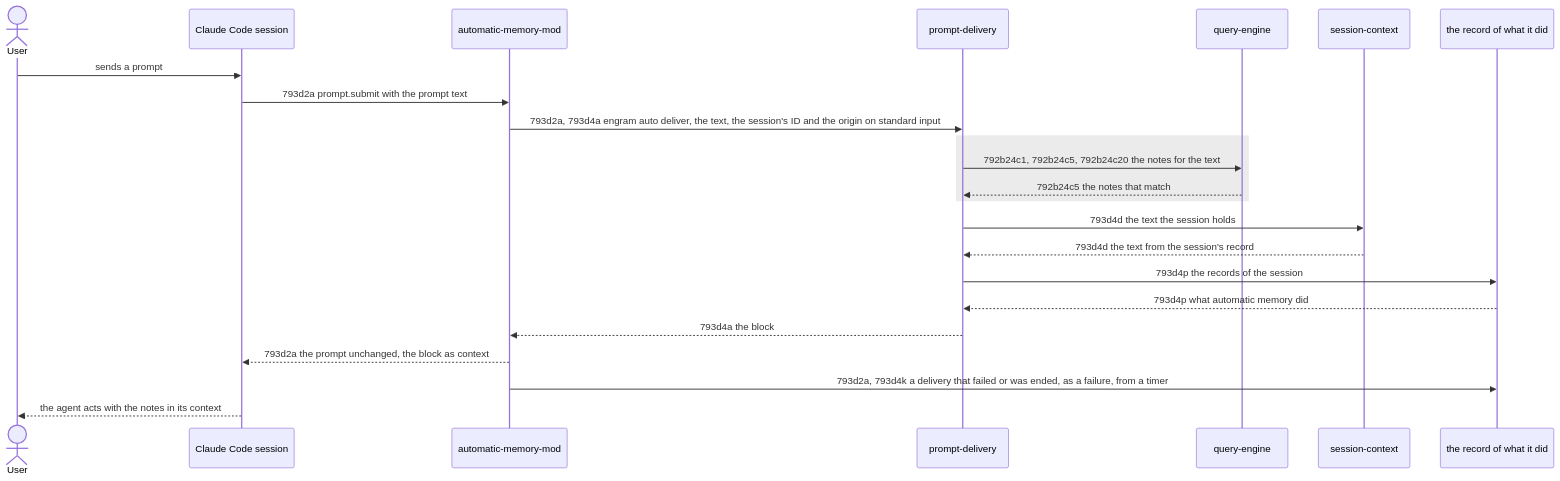
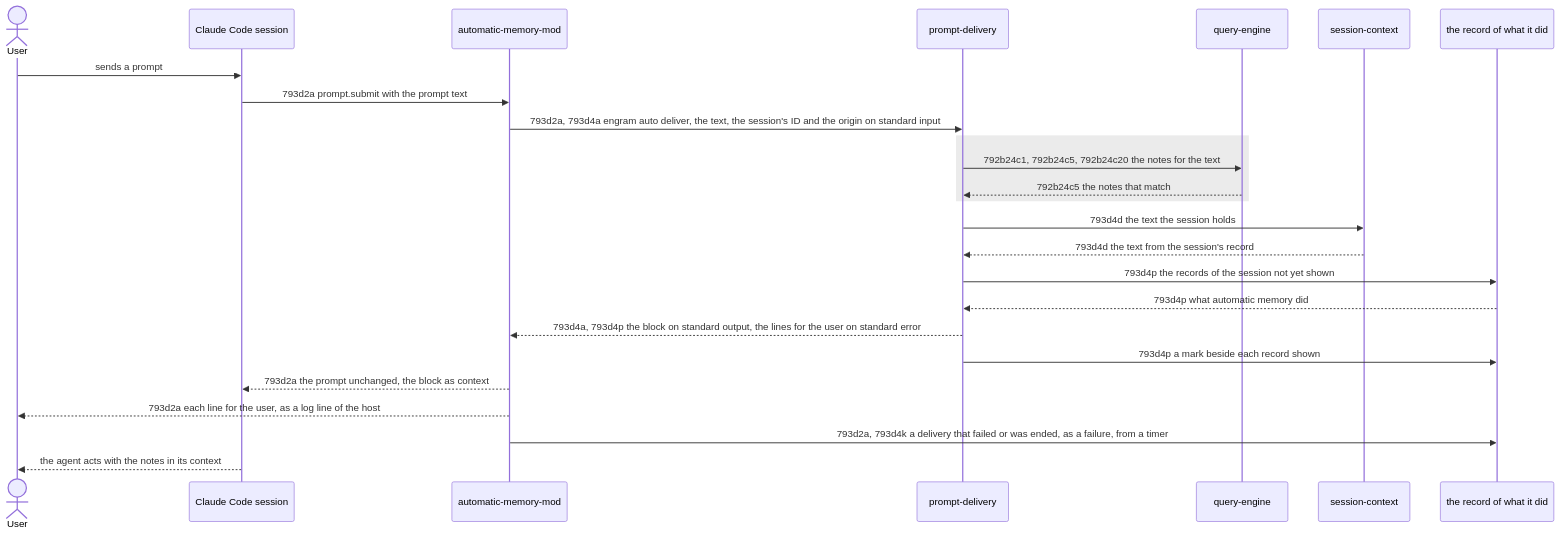
The first of 3 diagrams in docs/changes/793_automatic-memory/793d_technical-spec.md (toejough/engram), drawn with Mermaid before and after one commit. The commit also changed other lines of this file and 4 other files, not shown here.

First line of the commit message:
docs(793a,b,c,d,e): what the user is shown goes through the host's log, not the prompt's context - 793b105, 793c72 to 793c74 and the node 793e6h1

````diff
--- a/docs/changes/793_automatic-memory/793d_technical-spec.md
+++ b/docs/changes/793_automatic-memory/793d_technical-spec.md
@@ -21,26 +21,28 @@
 ```mermaid
 sequenceDiagram
     actor User
     participant Session as Claude Code session
     participant Mod as automatic-memory-mod
     participant Delivery as prompt-delivery
     participant Engine as query-engine
     participant Context as session-context
     participant Records as the record of what it did
 
     User->>Session: sends a prompt
     Session->>Mod: 793d2a prompt.submit with the prompt text
     Mod->>Delivery: 793d2a, 793d4a engram auto deliver, the text, the session's ID and the origin on standard input
     rect rgb(235, 235, 235)
         Delivery->>Engine: 792b24c1, 792b24c5, 792b24c20 the notes for the text
         Engine-->>Delivery: 792b24c5 the notes that match
     end
     Delivery->>Context: 793d4d the text the session holds
     Context-->>Delivery: 793d4d the text from the session's record
-    Delivery->>Records: 793d4p the records of the session
+    Delivery->>Records: 793d4p the records of the session not yet shown
     Records-->>Delivery: 793d4p what automatic memory did
-    Delivery-->>Mod: 793d4a the block
+    Delivery-->>Mod: 793d4a, 793d4p the block on standard output, the lines for the user on standard error
+    Delivery->>Records: 793d4p a mark beside each record shown
     Mod-->>Session: 793d2a the prompt unchanged, the block as context
+    Mod-->>User: 793d2a each line for the user, as a log line of the host
     Mod->>Records: 793d2a, 793d4k a delivery that failed or was ended, as a failure, from a timer
     Session-->>User: the agent acts with the notes in its context
 ```
````
